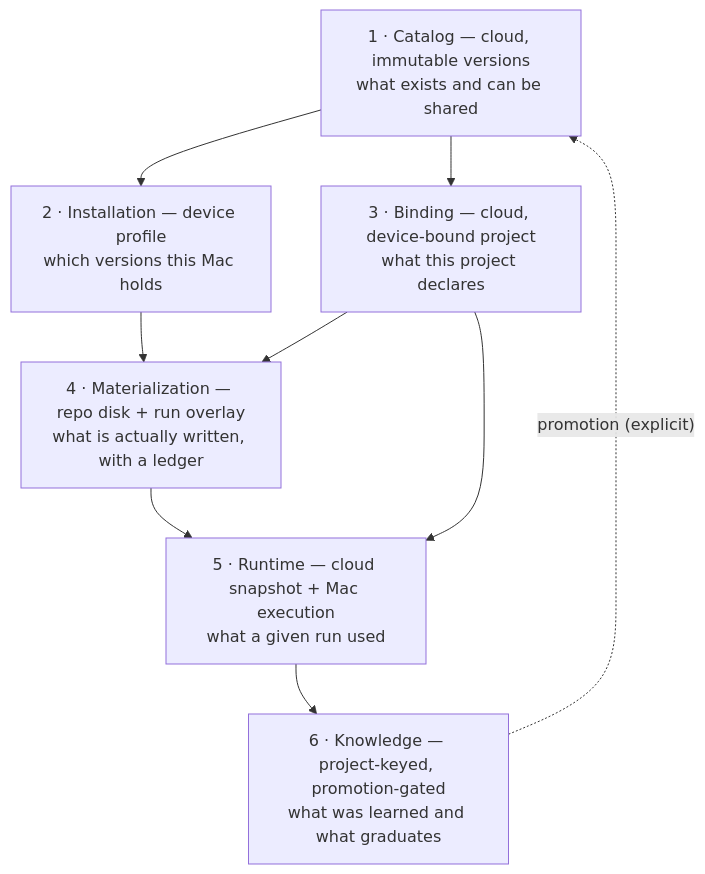
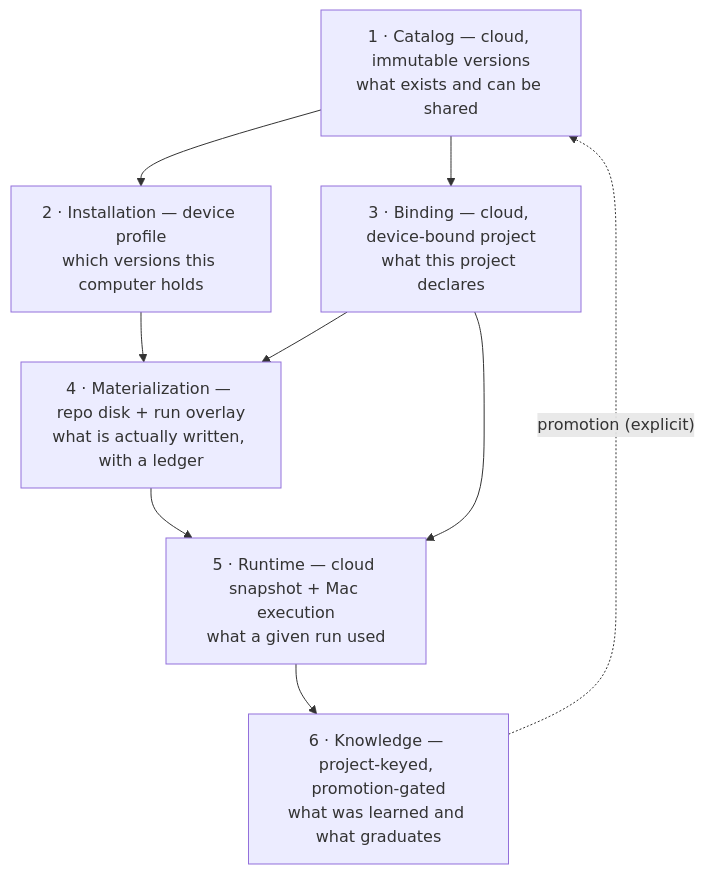
Before and after one commit to thiennp/daily-magic: the first of 3 diagrams in docs/architecture/project-composition.md, drawn with Mermaid. The commit also changed other lines of this file and 436 other files, not shown here.

````diff
--- a/docs/architecture/project-composition.md
+++ b/docs/architecture/project-composition.md
@@ -106,18 +106,18 @@
 ```mermaid
 flowchart TB
     C["1 · Catalog — cloud, immutable versions<br/>what exists and can be shared"]
-    I["2 · Installation — device profile<br/>which versions this Mac holds"]
+    I["2 · Installation — device profile<br/>which versions this computer holds"]
     B["3 · Binding — cloud, device-bound project<br/>what this project declares"]
     M["4 · Materialization — repo disk + run overlay<br/>what is actually written, with a ledger"]
     R["5 · Runtime — cloud snapshot + Mac execution<br/>what a given run used"]
     K["6 · Knowledge — project-keyed, promotion-gated<br/>what was learned and what graduates"]
 
     C --> I
     I --> M
     B --> M
     C --> B
     B --> R
     M --> R
     R --> K
     K -. "promotion (explicit)" .-> C
 ```
````
